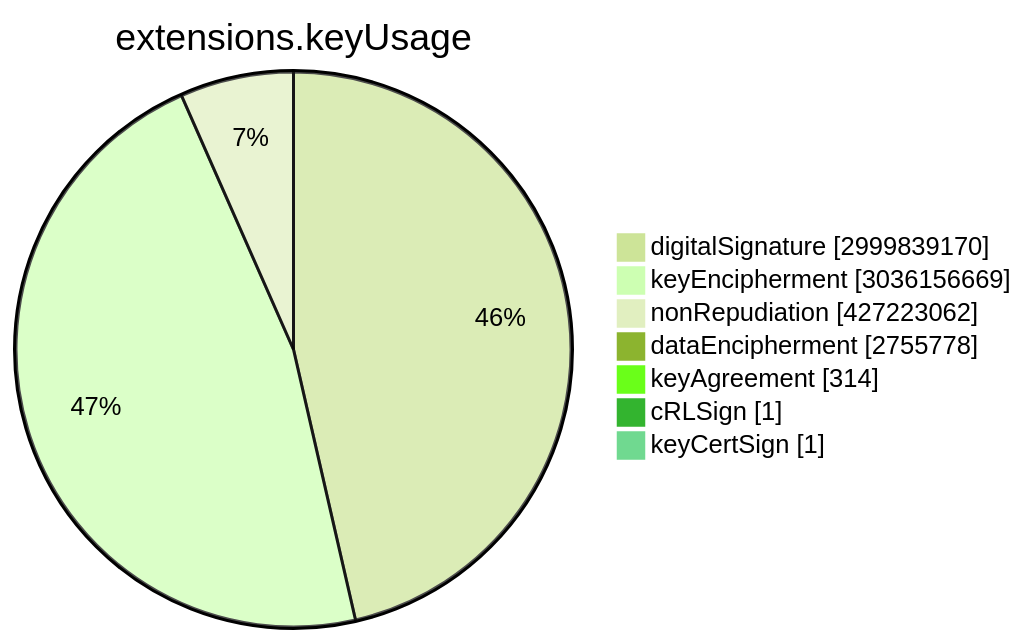
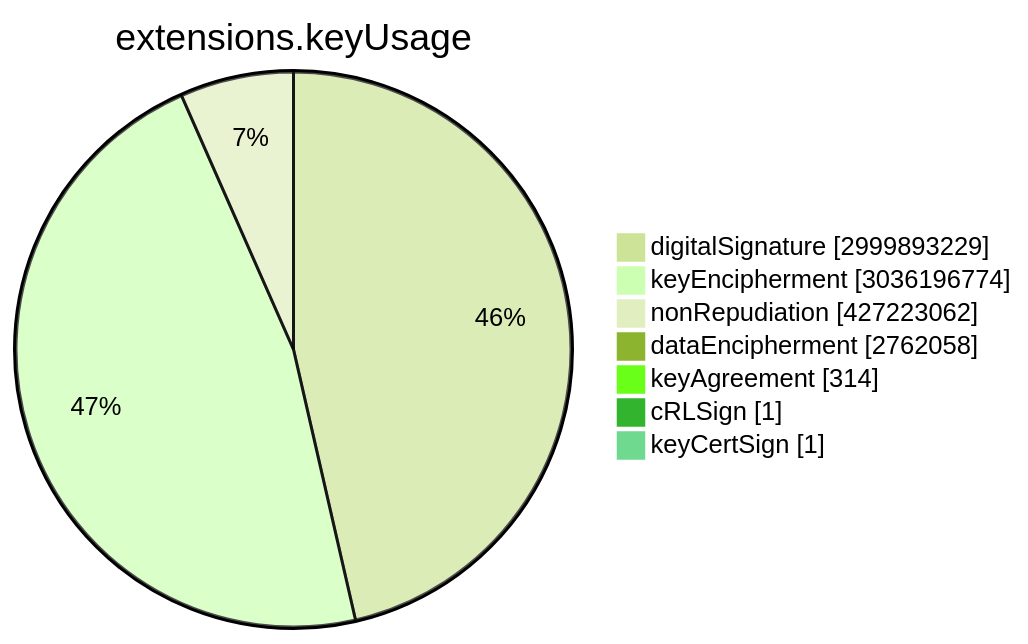
The sixth of 15 diagrams in TOTAL/README.md (christiankrug/ctmonitor_visualization), drawn with Mermaid (forest theme) before and after one commit. The commit also changed other lines of this file, not shown here.

````diff
--- a/TOTAL/README.md
+++ b/TOTAL/README.md
@@ -3071,11 +3071,11 @@
 ```mermaid
 pie showData
 title extensions.keyUsage
-"digitalSignature" :2999839170
-"keyEncipherment" :3036156669
+"digitalSignature" :2999893229
+"keyEncipherment" :3036196774
 "nonRepudiation" :427223062
-"dataEncipherment" :2755778
+"dataEncipherment" :2762058
 "keyAgreement" :314
 "cRLSign" :1
 "keyCertSign" :1
 ```
````
